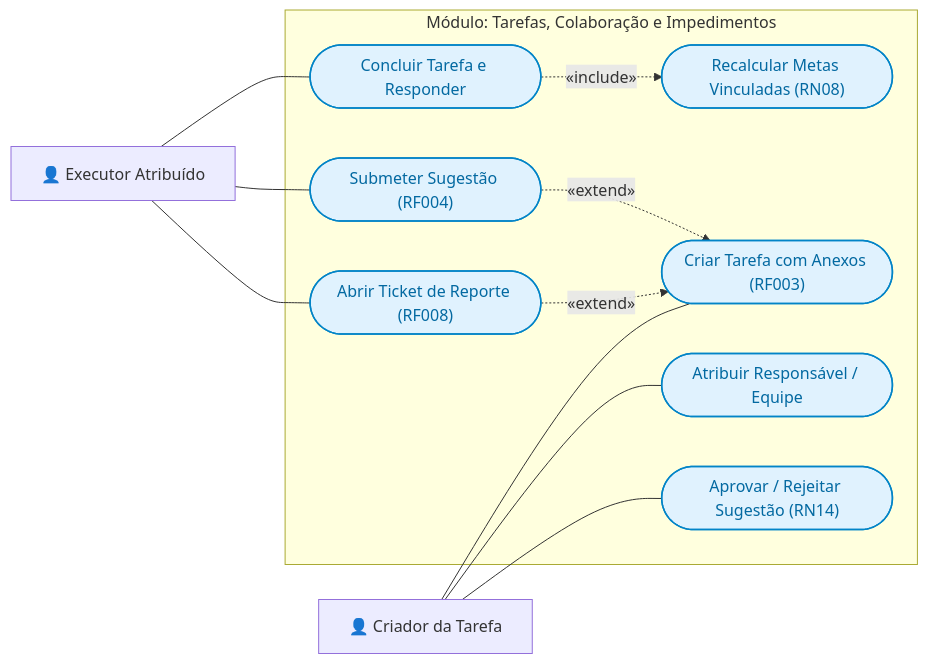
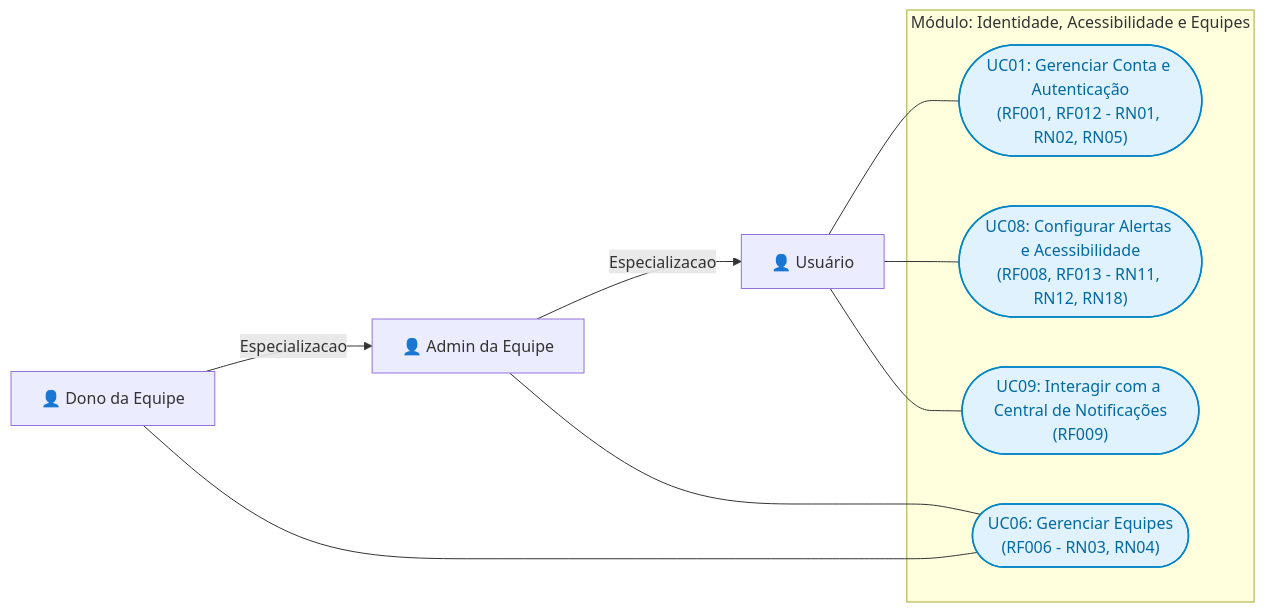
The seventh of 36 diagrams in DIAGRAMAS.md (aikovlr/Cortex-backend), drawn with Mermaid before and after one commit. The commit also changed other lines of this file and 3 other files, not shown here.

First line of the commit message:
docs(diagramas): atualizar diagramas de arquitetura e remover arquivos temporarios de analise

````diff
--- a/DIAGRAMAS.md
+++ b/DIAGRAMAS.md
@@ -828,34 +716,28 @@
 ```mermaid
 flowchart LR
-    %% Atores
-    Criador["👤 Criador da Tarefa"]
-    Executor["👤 Executor Atribuído"]
+    %% Atores com Especialização
+    Usuario["👤 Usuário"]
+    Admin["👤 Admin da Equipe"]
+    Dono["👤 Dono da Equipe"]
 
-    subgraph ModuloTarefas ["Módulo: Tarefas, Colaboração e Impedimentos"]
-        UC_CriarTarefa(["Criar Tarefa com Anexos (RF003)"])
-        UC_Atribuir(["Atribuir Responsável / Equipe"])
-        UC_Concluir(["Concluir Tarefa e Responder"])
-        UC_Sugestao(["Submeter Sugestão (RF004)"])
-        UC_AvaliarSugestao(["Aprovar / Rejeitar Sugestão (RN14)"])
-        UC_Ticket(["Abrir Ticket de Reporte (RF008)"])
-        UC_MetaRecalc(["Recalcular Metas Vinculadas (RN08)"])
+    Dono -- Especializacao --> Admin
+    Admin -- Especializacao --> Usuario
+
+    subgraph ModuloIdentidade ["Módulo: Identidade, Acessibilidade e Equipes"]
+        UC01(["UC01: Gerenciar Conta e Autenticação<br/>(RF001, RF012 - RN01, RN02, RN05)"])
+        UC06(["UC06: Gerenciar Equipes<br/>(RF006 - RN03, RN04)"])
+        UC08(["UC08: Configurar Alertas e Acessibilidade<br/>(RF008, RF013 - RN11, RN12, RN18)"])
+        UC09(["UC09: Interagir com a Central de Notificações<br/>(RF009)"])
     end
 
-    %% Associações do Criador
-    Criador --- UC_CriarTarefa
-    Criador --- UC_Atribuir
-    Criador --- UC_AvaliarSugestao
+    %% Relações dos Atores com Casos de Uso
+    Usuario --- UC01
+    Usuario --- UC08
+    Usuario --- UC09
 
-    %% Associações do Executor
-    Executor --- UC_Concluir
-    Executor --- UC_Sugestao
-    Executor --- UC_Ticket
-
-    %% Relações include e extend
-    UC_Sugestao -.->|«extend»| UC_CriarTarefa
-    UC_Ticket -.->|«extend»| UC_CriarTarefa
-    UC_Concluir -.->|«include»| UC_MetaRecalc
+    Admin --- UC06
+    Dono --- UC06
 
     classDef uc fill:#e0f2fe,stroke:#0284c7,stroke-width:1.5px,color:#0369a1;
-    class UC_CriarTarefa,UC_Atribuir,UC_Concluir,UC_Sugestao,UC_AvaliarSugestao,UC_Ticket,UC_MetaRecalc uc;
+    class UC01,UC06,UC08,UC09 uc;
 ```
````
